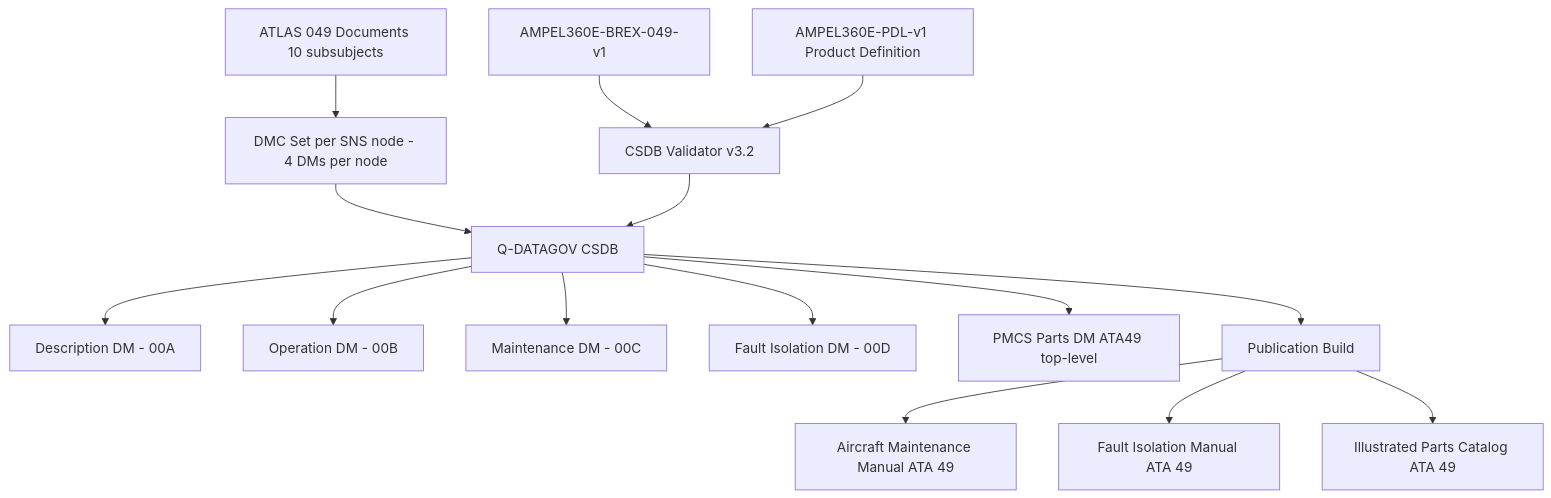
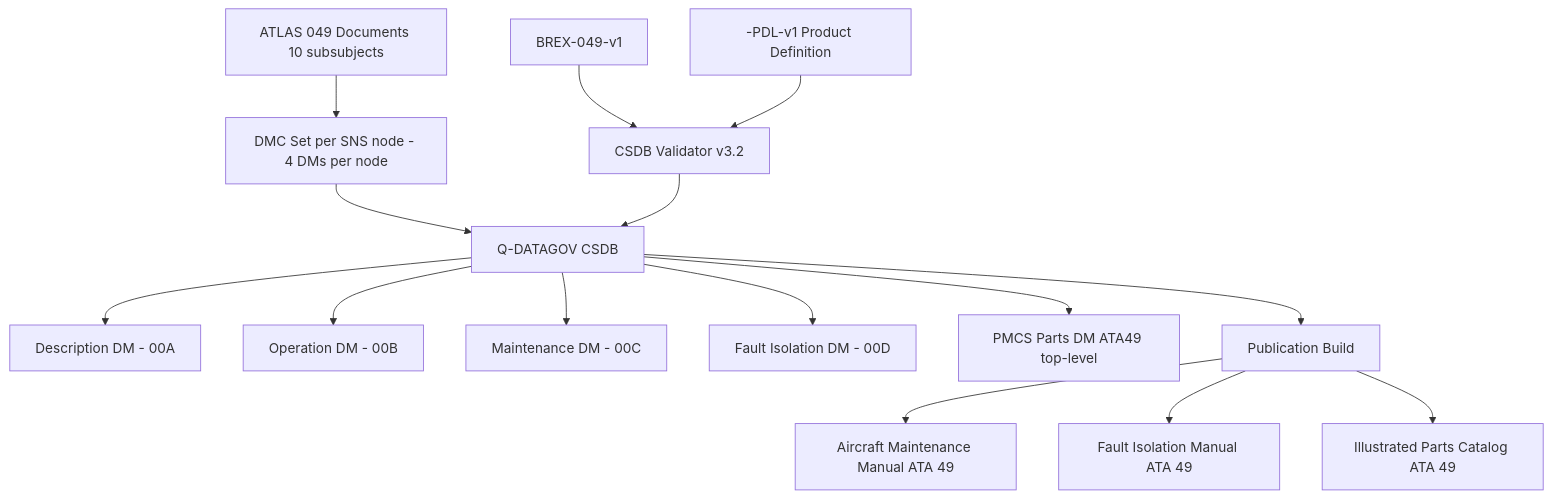
One commit to AmedeoPelliccia/Qplus-For-All-Queer-People-and-Quantum changed the first of 3 diagrams in Q+ATLANTIDE/000-099_ATLAS/040-049_Avionica-Informacion-y-APU/049_Airborne-Auxiliary-Power/049-090-S1000D-CSDB-Mapping-and-Traceability.md. Above: the diagram before and after it, drawn with Mermaid. The commit also changed other lines of this file and 51 other files, not shown here.

First line of the commit message:
Generalize all 52 ATLAS S1000D-CSDB mapping files: remove AMPEL360E/eWTW/Programmes_example references, add scope: agnostic-standard, use generic DMC placeholders

````diff
--- a/Q+ATLANTIDE/000-099_ATLAS/040-049_Avionica-Informacion-y-APU/049_Airborne-Auxiliary-Power/049-090-S1000D-CSDB-Mapping-and-Traceability.md
+++ b/Q+ATLANTIDE/000-099_ATLAS/040-049_Avionica-Informacion-y-APU/049_Airborne-Auxiliary-Power/049-090-S1000D-CSDB-Mapping-and-Traceability.md
@@ -110,17 +111,17 @@
 ```mermaid
 graph TD
     ATLAS_049["ATLAS 049 Documents 10 subsubjects"] --> DMC_GEN["DMC Set per SNS node - 4 DMs per node"]
     DMC_GEN --> CSDB["Q-DATAGOV CSDB"]
-    BREX["AMPEL360E-BREX-049-v1"] --> CSDB_VAL["CSDB Validator v3.2"]
+    BREX["BREX-049-v1"] --> CSDB_VAL["CSDB Validator v3.2"]
     CSDB_VAL --> CSDB
-    PDL["AMPEL360E-PDL-v1 Product Definition"] --> CSDB_VAL
+    PDL["<MODEL>-PDL-v1 Product Definition"] --> CSDB_VAL
     CSDB --> DM_DESC["Description DM - 00A"]
     CSDB --> DM_OPS["Operation DM - 00B"]
     CSDB --> DM_MAINT["Maintenance DM - 00C"]
     CSDB --> DM_FI["Fault Isolation DM - 00D"]
     CSDB --> PMCS["PMCS Parts DM ATA49 top-level"]
     CSDB --> PUBL["Publication Build"]
     PUBL --> AMM["Aircraft Maintenance Manual ATA 49"]
     PUBL --> FIM["Fault Isolation Manual ATA 49"]
     PUBL --> IPC["Illustrated Parts Catalog ATA 49"]
 ```
````
